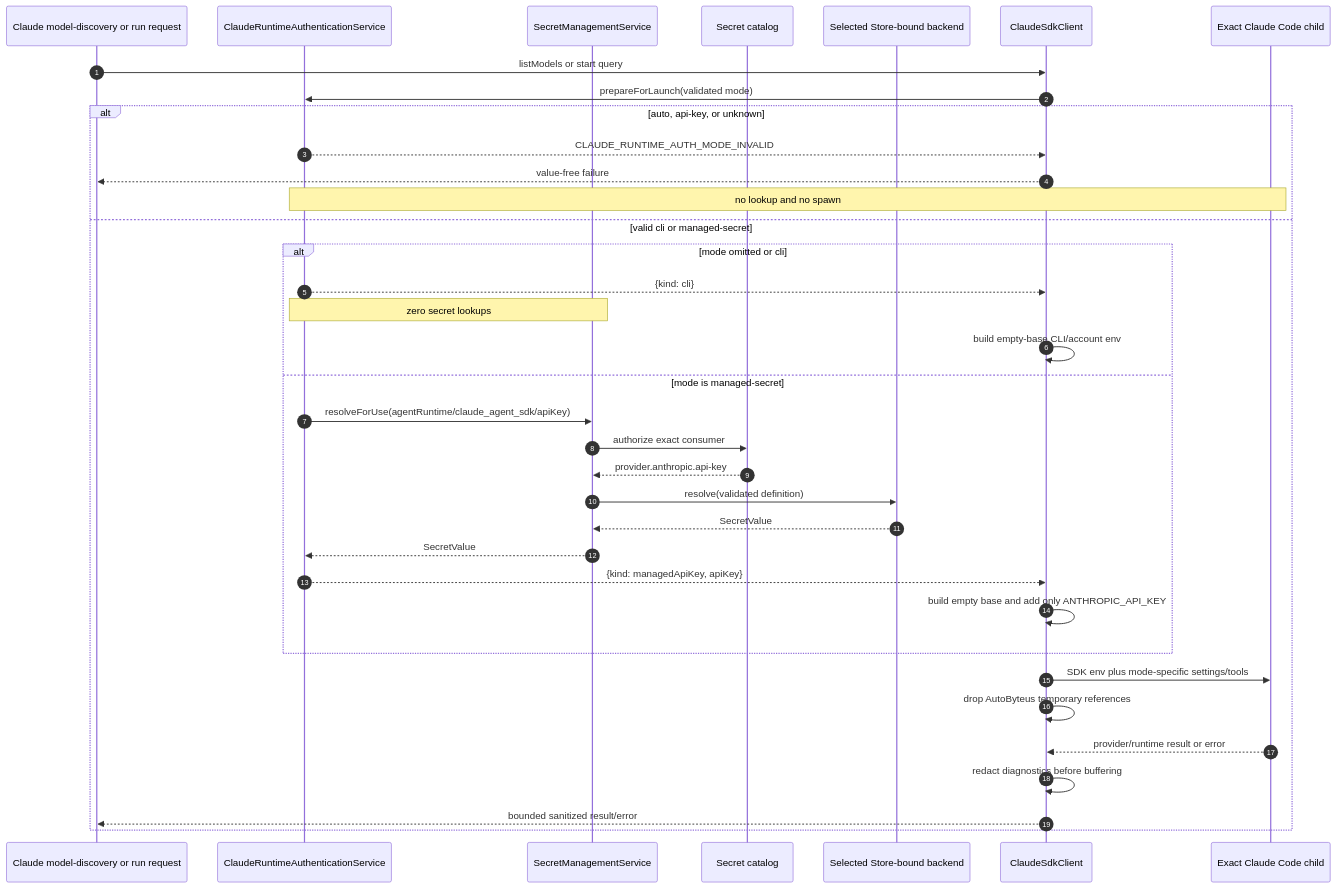
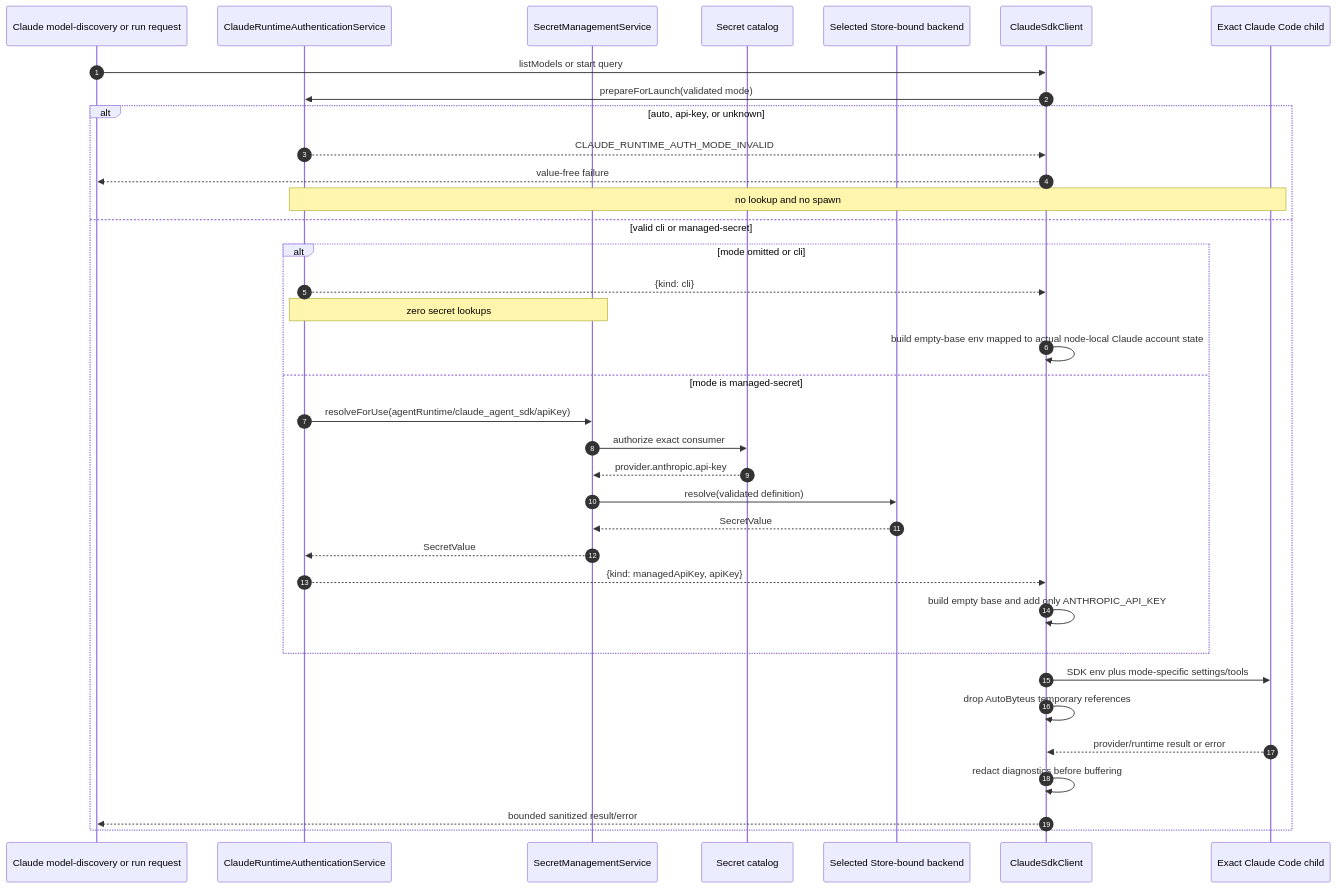
One commit to AutoByteus/autobyteus-workspace changed diagram 16 of 16 in tickets/in-progress/secure-centralized-secret-provisioning/secret-storage-architecture.md. Above: the diagram before and after it, drawn with Mermaid. The commit also changed other lines of this file and 84 other files, not shown here.

````diff
--- a/tickets/in-progress/secure-centralized-secret-provisioning/secret-storage-architecture.md
+++ b/tickets/in-progress/secure-centralized-secret-provisioning/secret-storage-architecture.md
@@ -540,39 +643,39 @@
 ```mermaid
 sequenceDiagram
   autonumber
   participant Run as Claude model-discovery or run request
   participant Auth as ClaudeRuntimeAuthenticationService
   participant Manager as SecretManagementService
   participant Catalog as Secret catalog
   participant Backend as Selected Store-bound backend
   participant Client as ClaudeSdkClient
   participant Child as Exact Claude Code child
 
   Run->>Client: listModels or start query
   Client->>Auth: prepareForLaunch(validated mode)
   alt auto, api-key, or unknown
     Auth-->>Client: CLAUDE_RUNTIME_AUTH_MODE_INVALID
     Client-->>Run: value-free failure
     Note over Auth,Child: no lookup and no spawn
   else valid cli or managed-secret
     alt mode omitted or cli
       Auth-->>Client: {kind: cli}
       Note over Auth,Manager: zero secret lookups
-      Client->>Client: build empty-base CLI/account env
+      Client->>Client: build empty-base env mapped to actual node-local Claude account state
     else mode is managed-secret
       Auth->>Manager: resolveForUse(agentRuntime/claude_agent_sdk/apiKey)
       Manager->>Catalog: authorize exact consumer
       Catalog-->>Manager: provider.anthropic.api-key
       Manager->>Backend: resolve(validated definition)
       Backend-->>Manager: SecretValue
       Manager-->>Auth: SecretValue
       Auth-->>Client: {kind: managedApiKey, apiKey}
       Client->>Client: build empty base and add only ANTHROPIC_API_KEY
     end
     Client->>Child: SDK env plus mode-specific settings/tools
     Client->>Client: drop AutoByteus temporary references
     Child-->>Client: provider/runtime result or error
     Client->>Client: redact diagnostics before buffering
     Client-->>Run: bounded sanitized result/error
   end
 ```
````
